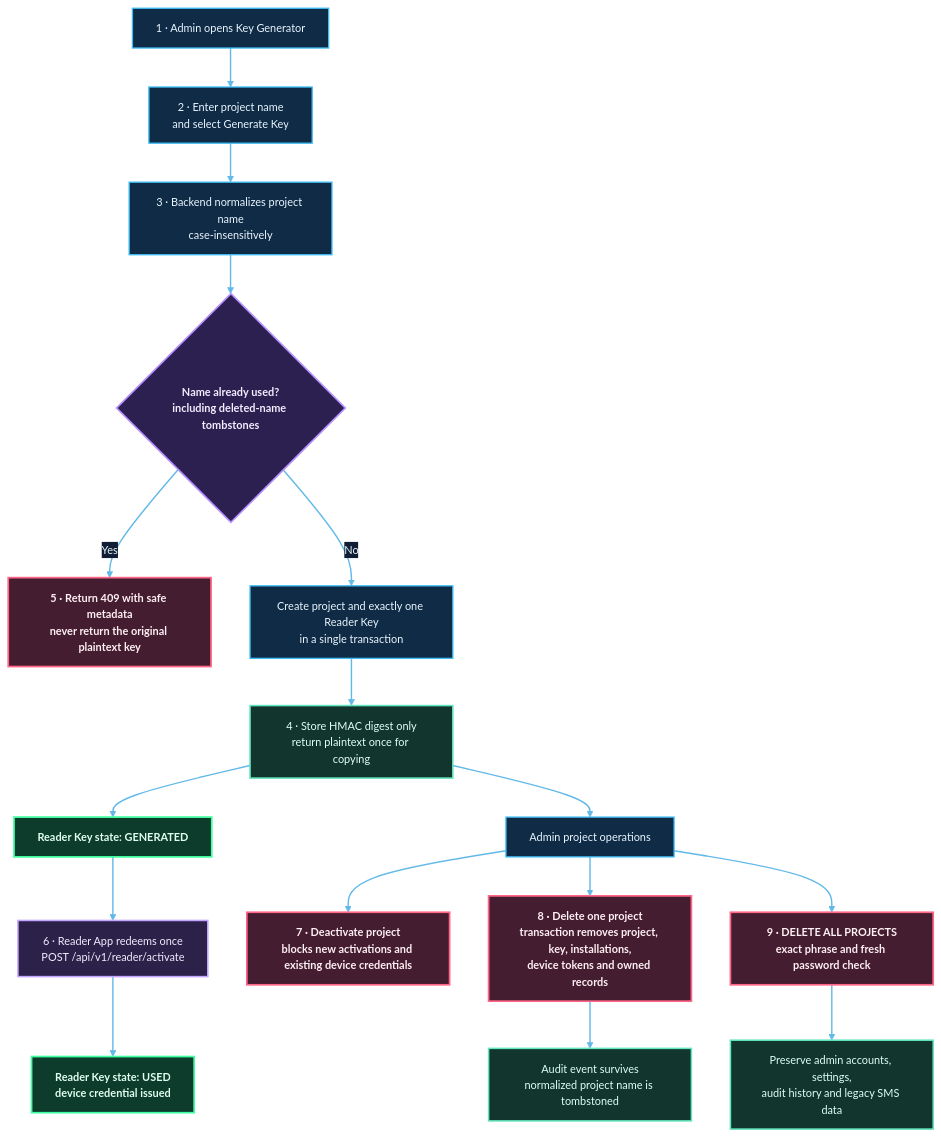
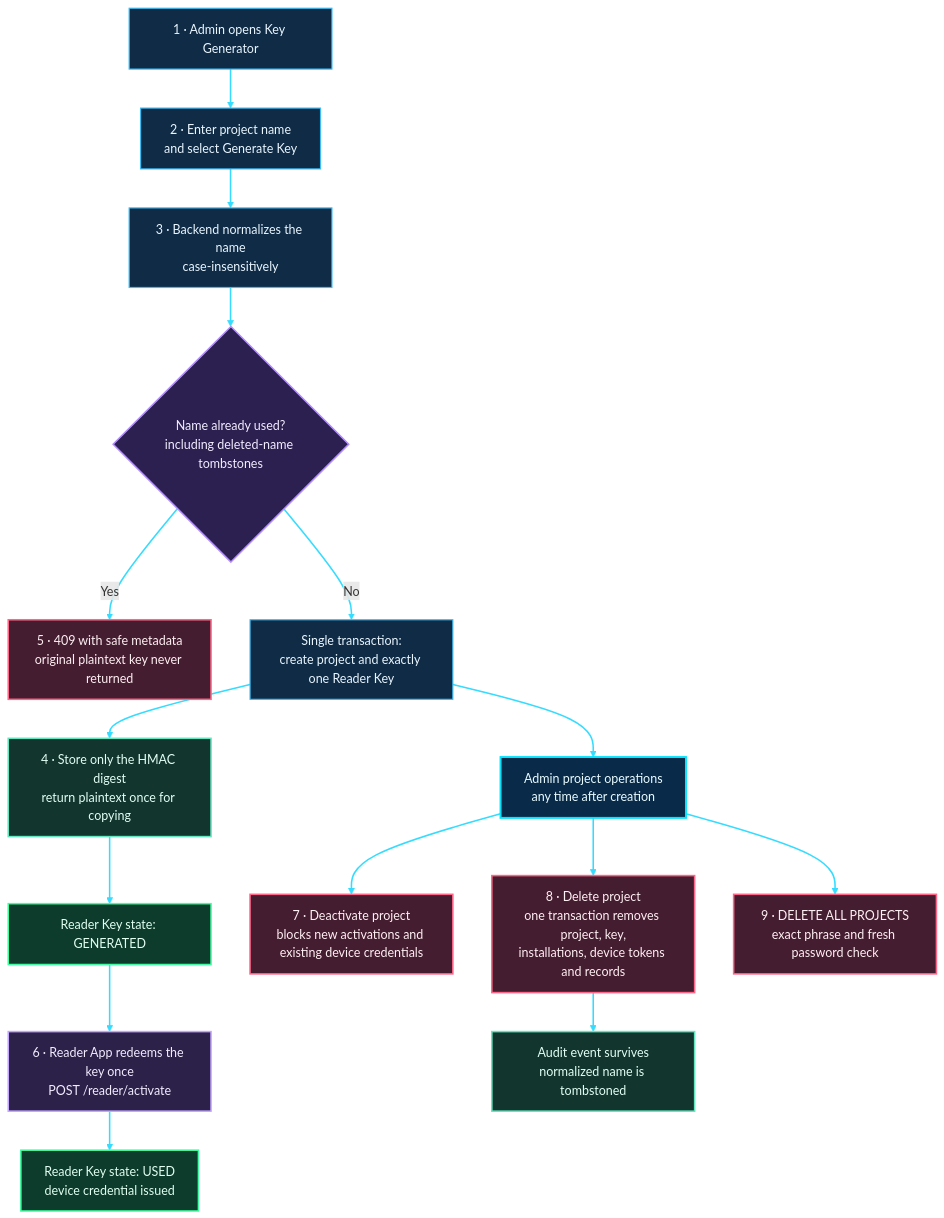
Diagram 13 of 23 in README.md (shajeduzzamanenan992008inc/NexOra-Database-key-Gen), drawn with Mermaid before and after one commit. The commit also changed other lines of this file, not shown here.

````diff
--- a/README.md
+++ b/README.md
@@ -1147,39 +1104,37 @@
 ```mermaid
-%%{init: {"theme":"base","themeVariables":{"darkMode":true,"background":"#07111f","primaryColor":"#102744","primaryTextColor":"#e8f7ff","primaryBorderColor":"#00d9ff","lineColor":"#62b9e8","secondaryColor":"#261d45","secondaryTextColor":"#f3eaff","secondaryBorderColor":"#a78bfa","tertiaryColor":"#12332b","tertiaryTextColor":"#e0fff1","tertiaryBorderColor":"#41e6a2","fontFamily":"Inter, Segoe UI, sans-serif","fontSize":"14px","edgeLabelBackground":"#101d34","mainBkg":"#102744","nodeBorder":"#00d9ff","clusterBkg":"#0b1930","clusterBorder":"#6f7dff","actorBkg":"#102744","actorBorder":"#00d9ff","actorTextColor":"#e8f7ff","signalColor":"#64d8ff","signalTextColor":"#e8f7ff","noteBkgColor":"#0e332b","noteBorderColor":"#41e6a2","noteTextColor":"#e0fff1"}}}%%
-flowchart TB
+flowchart TD
     S1["1 · Admin opens Key Generator"] --> S2["2 · Enter project name<br/>and select Generate Key"]
-    S2 --> S3["3 · Backend normalizes project name<br/>case-insensitively"]
-    S3 --> DUP{"Name already used?<br/>including deleted-name tombstones"}
-    DUP -->|Yes| CONFLICT["5 · Return 409 with safe metadata<br/>never return the original plaintext key"]
-    DUP -->|No| TX["Create project and exactly one Reader Key<br/>in a single transaction"]
-    TX --> SECRET["4 · Store HMAC digest only<br/>return plaintext once for copying"]
-    SECRET --> GENERATED["Reader Key state: GENERATED"]
-    GENERATED --> ACTIVATE["6 · Reader App redeems once<br/>POST /api/v1/reader/activate"]
-    ACTIVATE --> USED["Reader Key state: USED<br/>device credential issued"]
+    S2 --> S3["3 · Backend normalizes the name<br/>case-insensitively"]
+    S3 --> Q1{"Name already used?<br/>including deleted-name tombstones"}
+    Q1 -->|Yes| R409["5 · 409 with safe metadata<br/>original plaintext key never returned"]
+    Q1 -->|No| T1["Single transaction:<br/>create project and exactly one Reader Key"]
+    T1 --> T2["4 · Store only the HMAC digest<br/>return plaintext once for copying"]
+    T2 --> ST1["Reader Key state: GENERATED"]
+    ST1 --> RA["6 · Reader App redeems the key once<br/>POST /reader/activate"]
+    RA --> ST2["Reader Key state: USED<br/>device credential issued"]
+    T1 --> OPS["Admin project operations<br/>any time after creation"]
+    OPS --> DA["7 · Deactivate project<br/>blocks new activations and existing device credentials"]
+    OPS --> DP["8 · Delete project<br/>one transaction removes project, key,<br/>installations, device tokens and records"]
+    DP --> AU["Audit event survives<br/>normalized name is tombstoned"]
+    OPS --> DAP["9 · DELETE ALL PROJECTS<br/>exact phrase and fresh password check"]
 
-    SECRET --> OPS["Admin project operations"]
-    OPS --> DISABLE["7 · Deactivate project<br/>blocks new activations and existing device credentials"]
-    OPS --> DELETE["8 · Delete one project<br/>transaction removes project, key, installations,<br/>device tokens and owned records"]
-    DELETE --> AUDIT["Audit event survives<br/>normalized project name is tombstoned"]
-    OPS --> DELETEALL["9 · DELETE ALL PROJECTS<br/>exact phrase and fresh password check"]
-    DELETEALL --> PRESERVE["Preserve admin accounts, settings,<br/>audit history and legacy SMS data"]
-
-
-    %% OMEGA NEX-ORA · ULTRA NEON DESIGN SYSTEM
-    classDef nxCore fill:#092b49,stroke:#00e5ff,stroke-width:2.8px,color:#e9fbff,font-weight:bold;
-    classDef nxProcess fill:#102b45,stroke:#3dbcf5,stroke-width:1.7px,color:#e9f6ff;
-    classDef nxDecision fill:#2b2050,stroke:#b38cff,stroke-width:2.2px,color:#f3edff,font-weight:bold;
-    classDef nxSuccess fill:#0d3b2c,stroke:#3fffa0,stroke-width:2.2px,color:#e0fff0,font-weight:bold;
-    classDef nxDanger fill:#451d30,stroke:#ff6688,stroke-width:2.2px,color:#fff0f3,font-weight:bold;
+    %% OMEGA NEX-ORA visual classes
+    %% OMEGA NEX-ORA / ULTRA NEON PALETTE
+    classDef nxCore fill:#092b49,stroke:#00e5ff,stroke-width:2.5px,color:#e9fbff;
+    classDef nxProcess fill:#102b45,stroke:#3dbcf5,stroke-width:1.5px,color:#e9f6ff;
+    classDef nxDecision fill:#2b2050,stroke:#b38cff,stroke-width:2px,color:#f3edff;
+    classDef nxSuccess fill:#0d3b2c,stroke:#3fffa0,stroke-width:2px,color:#e0fff0;
+    classDef nxDanger fill:#451d30,stroke:#ff6688,stroke-width:2px,color:#fff0f3;
     classDef nxData fill:#12352d,stroke:#63e6be,stroke-width:2px,color:#e1fff5;
     classDef nxExternal fill:#2b2149,stroke:#c4a5ff,stroke-width:2px,color:#f3ecff;
     classDef nxInfo fill:#17253e,stroke:#91a7c9,stroke-width:1.5px,color:#e5efff;
     classDef nxWarning fill:#453116,stroke:#fbbf24,stroke-width:2px,color:#fff6d6;
-    linkStyle default stroke:#62b9e8,stroke-width:1.8px;
-    class S1,S2,S3,TX,OPS nxProcess;
-    class DUP nxDecision;
-    class CONFLICT,DISABLE,DELETE,DELETEALL nxDanger;
-    class SECRET,AUDIT,PRESERVE nxData;
-    class GENERATED,USED nxSuccess;
-    class ACTIVATE nxExternal;
+    class S1,S2,S3,T1 nxProcess;
+    class Q1 nxDecision;
+    class R409,DA,DP,DAP nxDanger;
+    class T2,AU nxData;
+    class ST1,ST2 nxSuccess;
+    class RA nxExternal;
+    class OPS nxCore;
+    linkStyle default stroke:#35dcff,stroke-width:2px;
 ```
````
